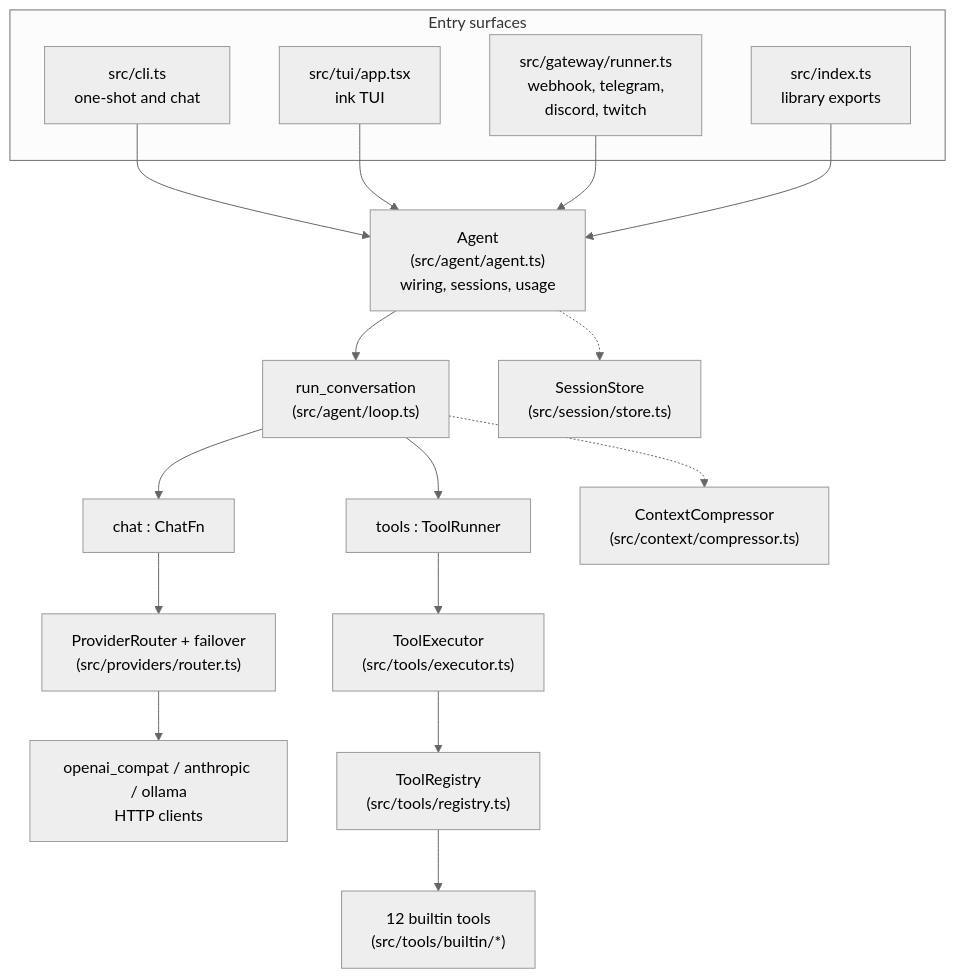
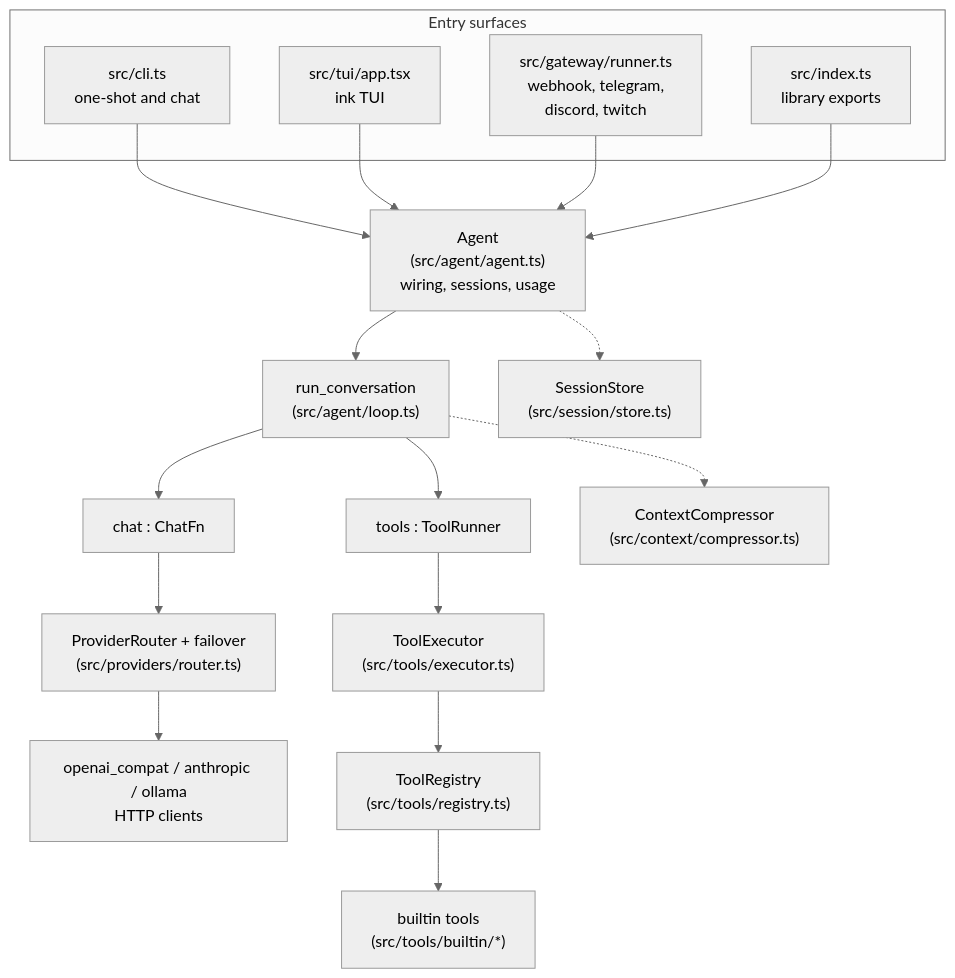
Before and after one commit to Moikapy/lich: the diagram in docs/architecture/overview.md, drawn with Mermaid (neutral theme). The commit also changed other lines of this file and 27 other files, not shown here.

````diff
--- a/docs/architecture/overview.md
+++ b/docs/architecture/overview.md
@@ -15,35 +15,35 @@
 ```mermaid
 flowchart TB
     subgraph entry["Entry surfaces"]
         CLI["src/cli.ts<br/>one-shot and chat"]
         TUI["src/tui/app.tsx<br/>ink TUI"]
         GW["src/gateway/runner.ts<br/>webhook, telegram,<br/>discord, twitch"]
         LIB["src/index.ts<br/>library exports"]
     end
     AGENT["Agent<br/>(src/agent/agent.ts)<br/>wiring, sessions, usage"]
     LOOP["run_conversation<br/>(src/agent/loop.ts)"]
     CHATFN["chat : ChatFn"]
     TOOLFN["tools : ToolRunner"]
     ROUTER["ProviderRouter + failover<br/>(src/providers/router.ts)"]
     CLIENTS["openai_compat / anthropic / ollama<br/>HTTP clients"]
     EXEC["ToolExecutor<br/>(src/tools/executor.ts)"]
     REG["ToolRegistry<br/>(src/tools/registry.ts)"]
-    BUILTIN["12 builtin tools<br/>(src/tools/builtin/*)"]
+        BUILTIN["builtin tools<br/>(src/tools/builtin/*)"]
     COMP["ContextCompressor<br/>(src/context/compressor.ts)"]
     SESSION["SessionStore<br/>(src/session/store.ts)"]
 
     CLI --> AGENT
     TUI --> AGENT
     GW --> AGENT
     LIB --> AGENT
     AGENT --> LOOP
     LOOP --> CHATFN
     LOOP --> TOOLFN
     CHATFN --> ROUTER
     ROUTER --> CLIENTS
     TOOLFN --> EXEC
     EXEC --> REG
     REG --> BUILTIN
     LOOP -.-> COMP
     AGENT -.-> SESSION
 ```
````
